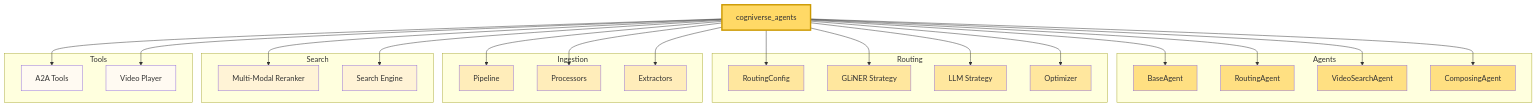
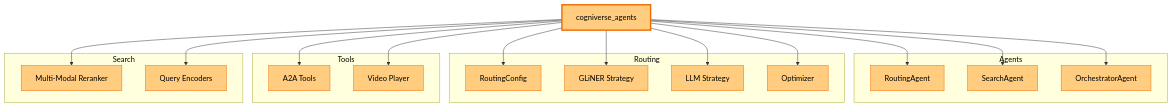
One commit to amit-jain/cogniverse changed the sixth of 17 diagrams in docs/diagrams/sdk-architecture-diagrams.md. Above: the diagram before and after it, drawn with Mermaid. The commit also changed other lines of this file and 83 other files, not shown here.

First line of the commit message:
Fix documentation veracity, formatting, and diagrams across all modules

````diff
--- a/docs/diagrams/sdk-architecture-diagrams.md
+++ b/docs/diagrams/sdk-architecture-diagrams.md
@@ -308,67 +295,52 @@
 ```mermaid
-graph TB
-    AgentsPkg[cogniverse_agents]
+flowchart TB
+    AgentsPkg["<span style='color:#000'>cogniverse_agents</span>"]
 
-    subgraph "Agents"
-        BaseAgent[BaseAgent]
-        RoutingAgent[RoutingAgent]
-        VideoSearchAgent[VideoSearchAgent]
-        ComposingAgent[ComposingAgent]
+    subgraph AgentsSubg["<span style='color:#000'>Agents</span>"]
+        RoutingAgent["<span style='color:#000'>RoutingAgent</span>"]
+        SearchAgent["<span style='color:#000'>SearchAgent</span>"]
+        OrchestratorAgent["<span style='color:#000'>OrchestratorAgent</span>"]
     end
 
-    subgraph "Routing"
-        RoutingConfig[RoutingConfig]
-        GLiNERStrategy[GLiNER Strategy]
-        LLMStrategy[LLM Strategy]
-        Optimizer[Optimizer]
+    subgraph RoutingSubg["<span style='color:#000'>Routing</span>"]
+        RoutingConfig["<span style='color:#000'>RoutingConfig</span>"]
+        GLiNERStrategy["<span style='color:#000'>GLiNER Strategy</span>"]
+        LLMStrategy["<span style='color:#000'>LLM Strategy</span>"]
+        Optimizer["<span style='color:#000'>Optimizer</span>"]
     end
 
-    subgraph "Ingestion"
-        Pipeline[Pipeline]
-        Processors[Processors]
-        Extractors[Extractors]
+    subgraph ToolsSubg["<span style='color:#000'>Tools</span>"]
+        A2ATools["<span style='color:#000'>A2A Tools</span>"]
+        VideoPlayer["<span style='color:#000'>Video Player</span>"]
     end
 
-    subgraph "Search"
-        Reranker[Multi-Modal Reranker]
-        SearchEngine[Search Engine]
+    subgraph SearchSubg["<span style='color:#000'>Search</span>"]
+        Reranker["<span style='color:#000'>Multi-Modal Reranker</span>"]
+        QueryEncoders["<span style='color:#000'>Query Encoders</span>"]
     end
 
-    subgraph "Tools"
-        A2ATools[A2A Tools]
-        VideoPlayer[Video Player]
-    end
-
-    AgentsPkg --> BaseAgent
     AgentsPkg --> RoutingAgent
-    AgentsPkg --> VideoSearchAgent
-    AgentsPkg --> ComposingAgent
+    AgentsPkg --> SearchAgent
+    AgentsPkg --> OrchestratorAgent
     AgentsPkg --> RoutingConfig
     AgentsPkg --> GLiNERStrategy
     AgentsPkg --> LLMStrategy
     AgentsPkg --> Optimizer
-    AgentsPkg --> Pipeline
-    AgentsPkg --> Processors
-    AgentsPkg --> Extractors
     AgentsPkg --> Reranker
-    AgentsPkg --> SearchEngine
+    AgentsPkg --> QueryEncoders
     AgentsPkg --> A2ATools
     AgentsPkg --> VideoPlayer
 
-    style AgentsPkg fill:#FFD966,stroke:#CC9900,stroke-width:3px
-    style BaseAgent fill:#FFE082
-    style RoutingAgent fill:#FFE082
-    style VideoSearchAgent fill:#FFE082
-    style ComposingAgent fill:#FFE082
-    style RoutingConfig fill:#FFE79E
-    style GLiNERStrategy fill:#FFE79E
-    style LLMStrategy fill:#FFE79E
-    style Optimizer fill:#FFE79E
-    style Pipeline fill:#FFEDBA
-    style Processors fill:#FFEDBA
-    style Extractors fill:#FFEDBA
-    style Reranker fill:#FFF3D6
-    style SearchEngine fill:#FFF3D6
-    style A2ATools fill:#FFFAF2
-    style VideoPlayer fill:#FFFAF2
+    style AgentsPkg fill:#ffcc80,stroke:#ef6c00,stroke-width:3px,color:#000
+    style RoutingAgent fill:#ffcc80,stroke:#ef6c00,color:#000
+    style SearchAgent fill:#ffcc80,stroke:#ef6c00,color:#000
+    style OrchestratorAgent fill:#ffcc80,stroke:#ef6c00,color:#000
+    style RoutingConfig fill:#ffcc80,stroke:#ef6c00,color:#000
+    style GLiNERStrategy fill:#ffcc80,stroke:#ef6c00,color:#000
+    style LLMStrategy fill:#ffcc80,stroke:#ef6c00,color:#000
+    style Optimizer fill:#ffcc80,stroke:#ef6c00,color:#000
+    style Reranker fill:#ffcc80,stroke:#ef6c00,color:#000
+    style QueryEncoders fill:#ffcc80,stroke:#ef6c00,color:#000
+    style A2ATools fill:#ffcc80,stroke:#ef6c00,color:#000
+    style VideoPlayer fill:#ffcc80,stroke:#ef6c00,color:#000
 ```
````
